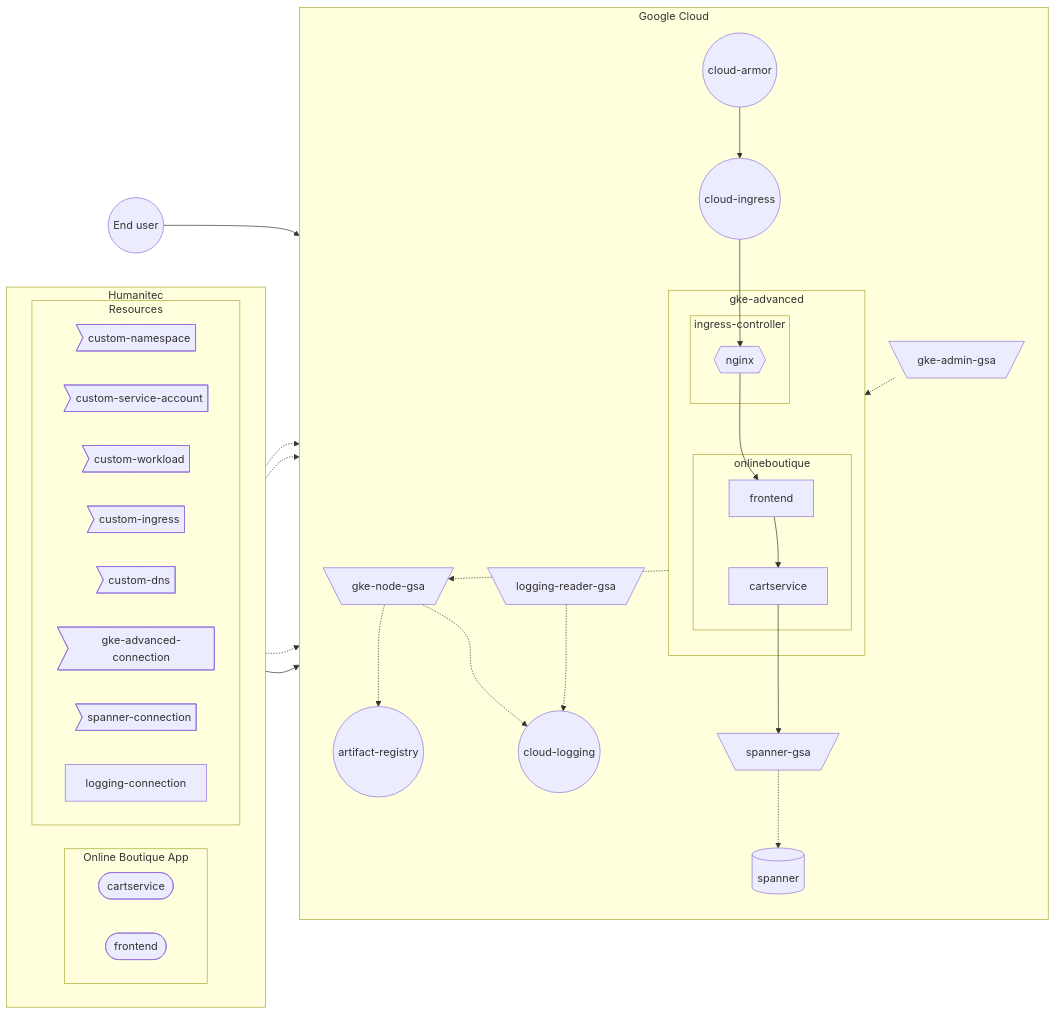
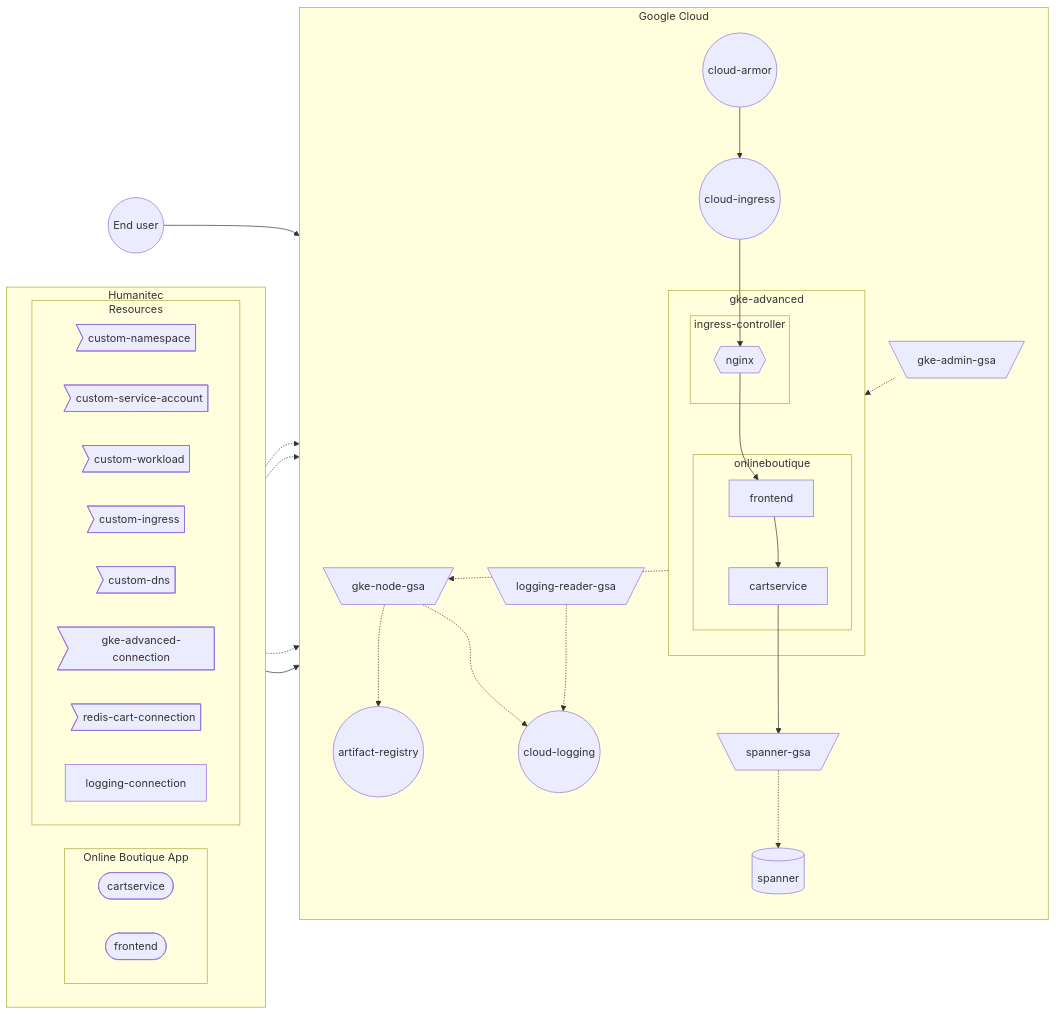
One commit to mathieu-benoit/hello-humanitec changed the diagram in docs/gke-advanced.md. Above: the diagram before and after it, drawn with Mermaid. The commit also changed 2 other files, not shown here.

Commit message:
redis-cart-connection in graphs

````diff
--- a/docs/gke-advanced.md
+++ b/docs/gke-advanced.md
@@ -15,52 +15,52 @@
 ```mermaid
 flowchart LR
   subgraph Humanitec
     direction LR
     subgraph onlineboutique-app [Online Boutique App]
       direction LR
       cartservice-workload([cartservice])
       frontend-workload([frontend])
     end
     subgraph Resources
         custom-namespace>custom-namespace]
         custom-service-account>custom-service-account]
         custom-workload>custom-workload]
         custom-ingress>custom-ingress]
         custom-dns>custom-dns]
         gke-advanced-connection>gke-advanced-connection]
-        spanner-connection>spanner-connection]
+        redis-cart-connection>redis-cart-connection]
         logging-connection
     end
   end
   subgraph Google Cloud
     direction TB
     subgraph gke-advanced
         subgraph ingress-controller
             nginx{{nginx}}
         end
         subgraph onlineboutique
             frontend-->cartservice
         end
         nginx-->frontend
     end
     gke-admin-gsa[\gke-admin-gsa/]
     onlineboutique-app-->onlineboutique
     logging-reader-gsa[\logging-reader-gsa/]
     cloud-logging((cloud-logging))
     gke-advanced-.->gke-node-gsa[\gke-node-gsa/]
     gke-node-gsa-.->artifact-registry((artifact-registry))
     gke-node-gsa-.->cloud-logging
     cloud-armor((cloud-armor))-->cloud-ingress((cloud-ingress))
     spanner[(spanner)]
     spanner-gsa[\spanner-gsa/]
   end
   enduser((End user))-->cloud-armor
   cloud-ingress-->nginx
   logging-connection-.->logging-reader-gsa
   logging-reader-gsa-.->cloud-logging
   gke-advanced-connection-.->gke-admin-gsa
   gke-admin-gsa-.->gke-advanced
-  spanner-connection-.->spanner-gsa
+  redis-cart-connection-.->spanner-gsa
   spanner-gsa-.->spanner
   cartservice-->spanner-gsa
 ```
````
